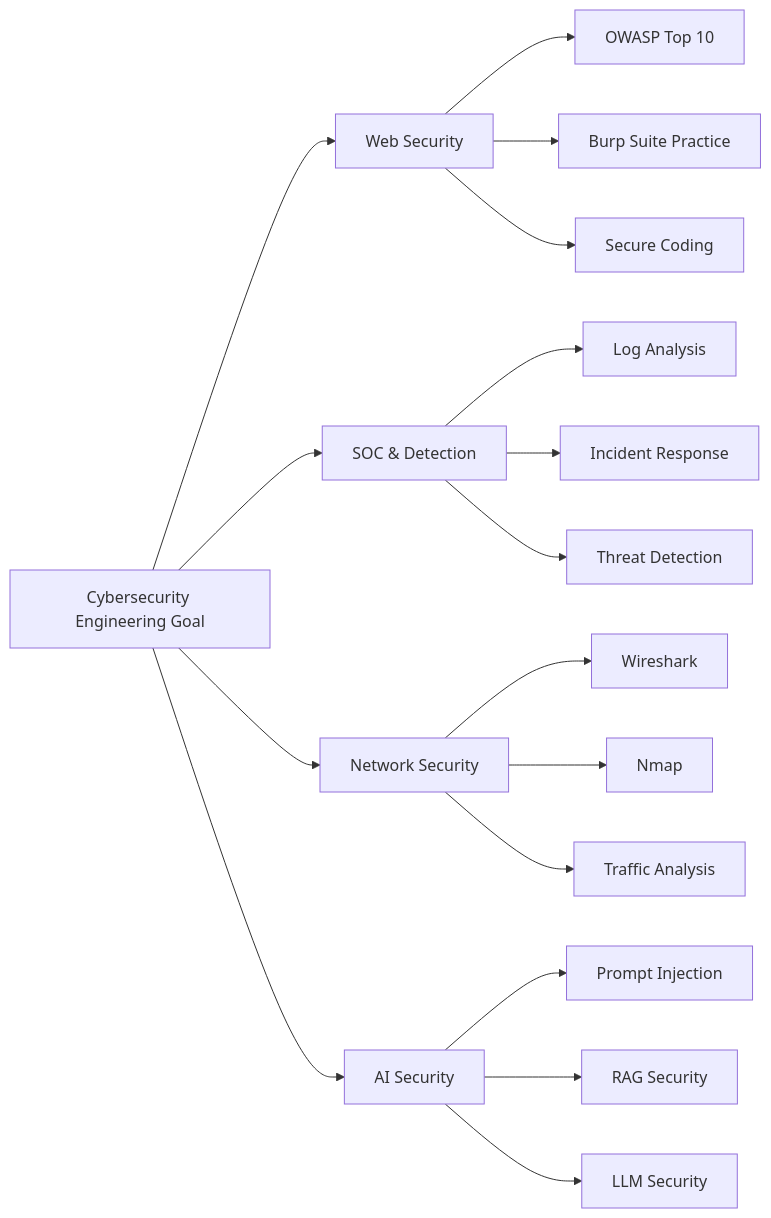
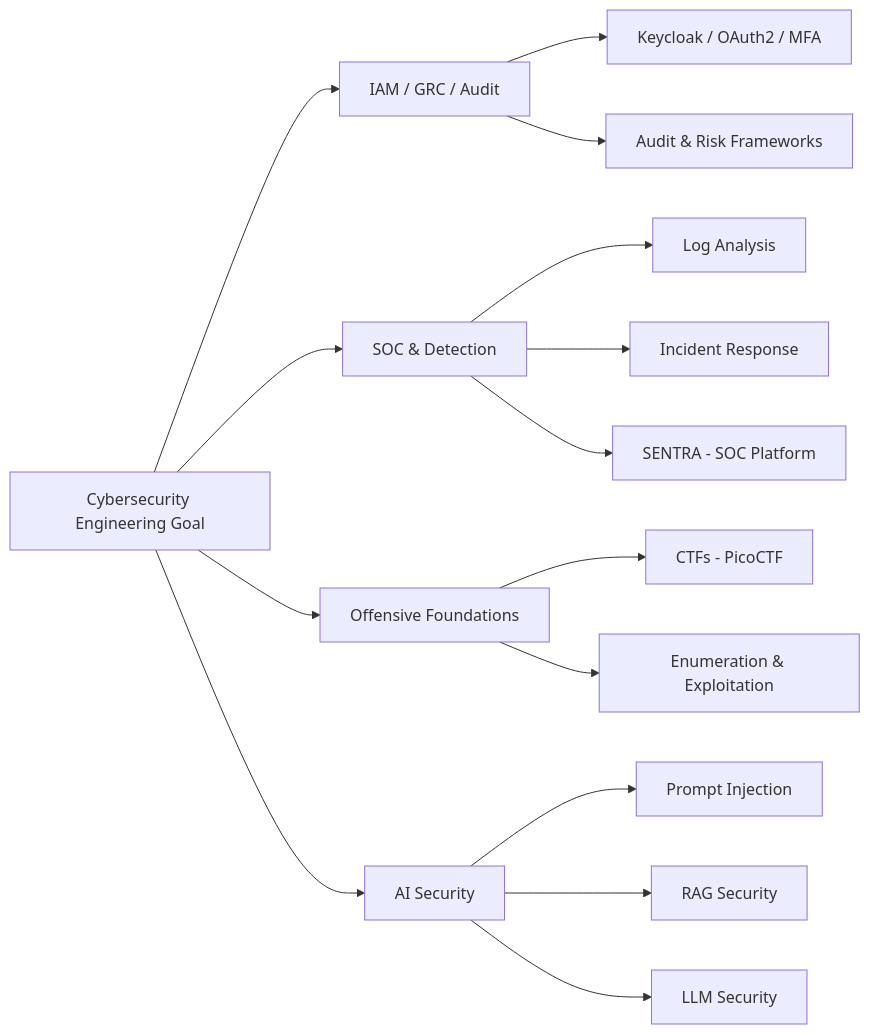
The diagram in README.md (khaoulaettijani-iacs/About-Me), drawn with Mermaid before and after one commit. The commit also changed other lines of this file, not shown here.

````diff
--- a/README.md
+++ b/README.md
@@ -155,23 +94,21 @@
 ```mermaid
 graph LR
-    A[Cybersecurity Engineering Goal] --> B[Web Security]
+    A[Cybersecurity Engineering Goal] --> B[IAM / GRC / Audit]
     A --> C[SOC & Detection]
-    A --> D[Network Security]
+    A --> D[Offensive Foundations]
     A --> E[AI Security]
 
-    B --> B1[OWASP Top 10]
-    B --> B2[Burp Suite Practice]
-    B --> B3[Secure Coding]
+    B --> B1[Keycloak / OAuth2 / MFA]
+    B --> B2[Audit & Risk Frameworks]
 
     C --> C1[Log Analysis]
     C --> C2[Incident Response]
-    C --> C3[Threat Detection]
+    C --> C3[SENTRA - SOC Platform]
 
-    D --> D1[Wireshark]
-    D --> D2[Nmap]
-    D --> D3[Traffic Analysis]
+    D --> D1[CTFs - PicoCTF]
+    D --> D2[Enumeration & Exploitation]
 
     E --> E1[Prompt Injection]
     E --> E2[RAG Security]
     E --> E3[LLM Security]
 ```
````
